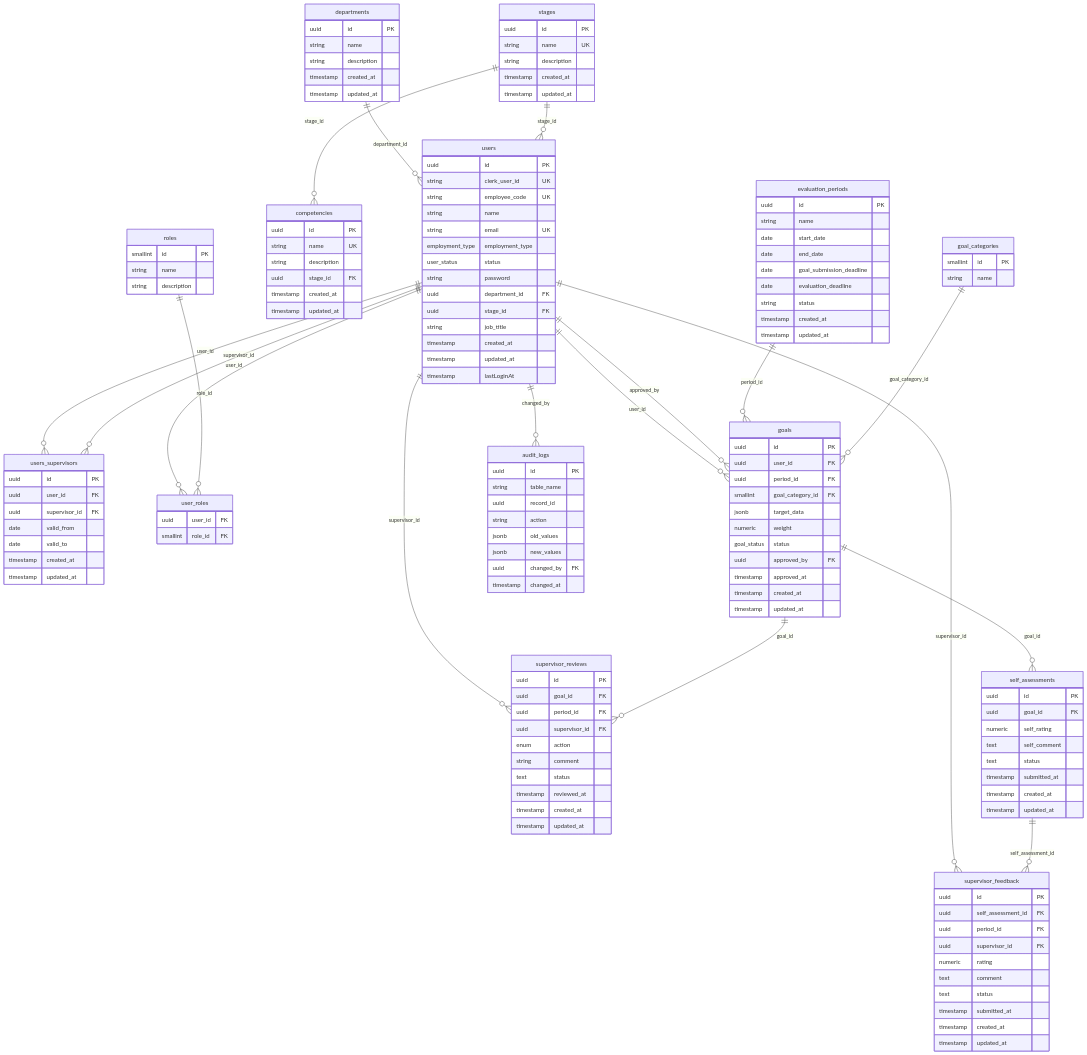
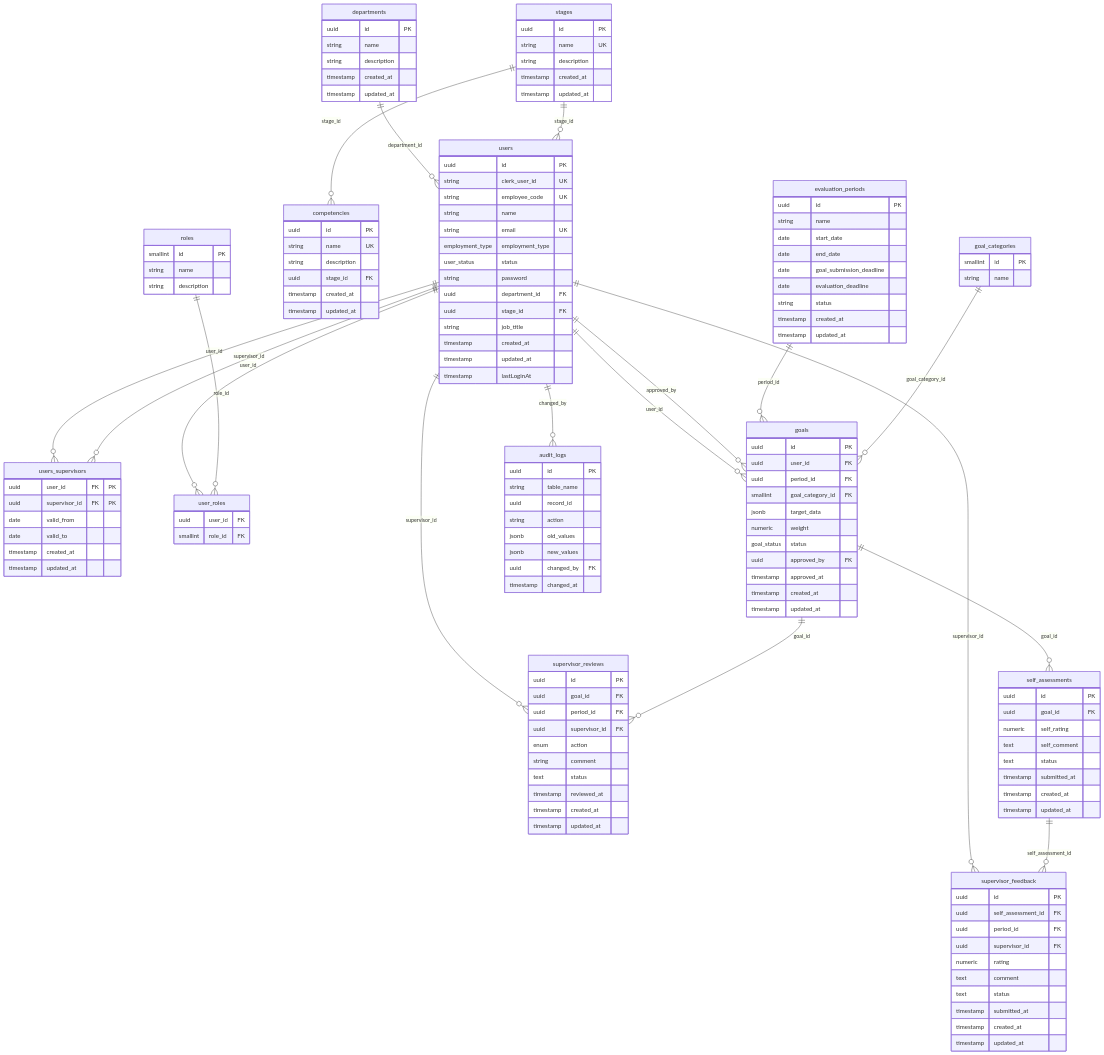
The diagram in docs/db_entity.md (shintairiku/evaluation-system), drawn with Mermaid before and after one commit. The commit also changed other lines of this file, not shown here.

Commit message:
docs `db_entity`: users_supervisorsテーブルの複合主キーへ変更

```diff
--- a/docs/db_entity.md
+++ b/docs/db_entity.md
@@ -44,9 +44,8 @@
     }
 
     users_supervisors {
-        uuid id PK
-        uuid user_id FK
-        uuid supervisor_id FK
+        uuid user_id FK "PK"
+        uuid supervisor_id FK "PK"
         date valid_from
         date valid_to
         timestamp created_at
```
